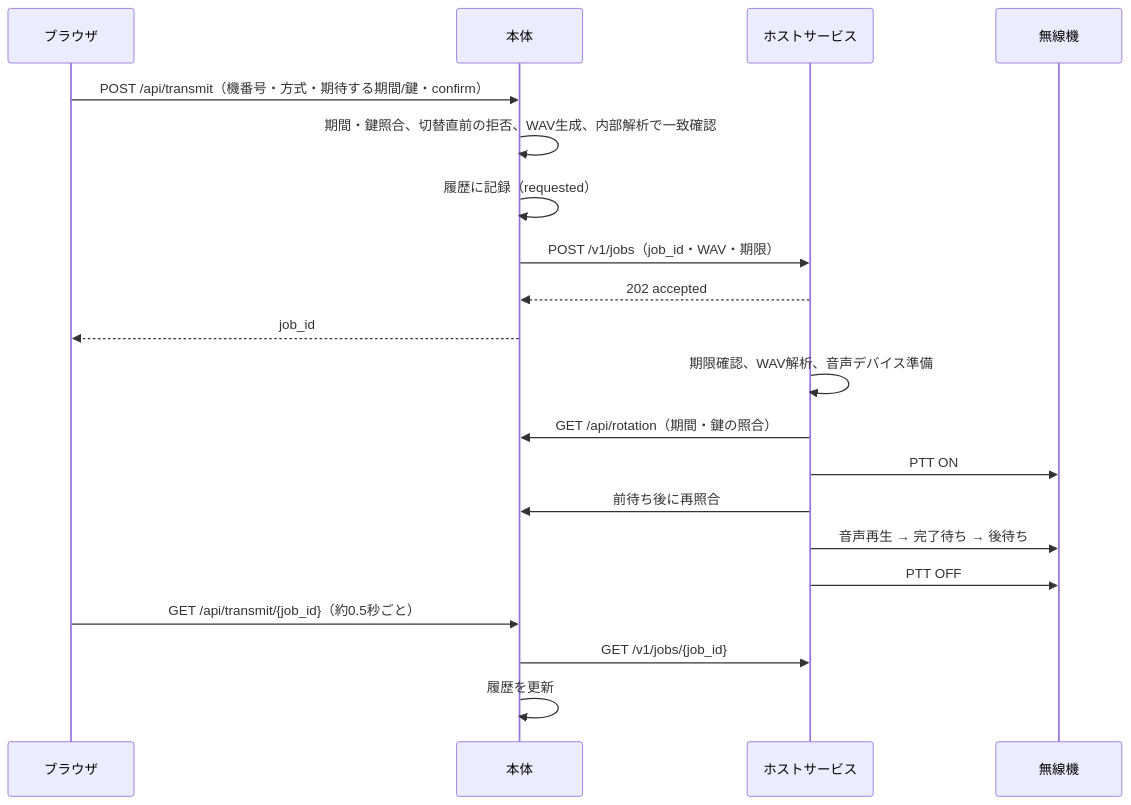
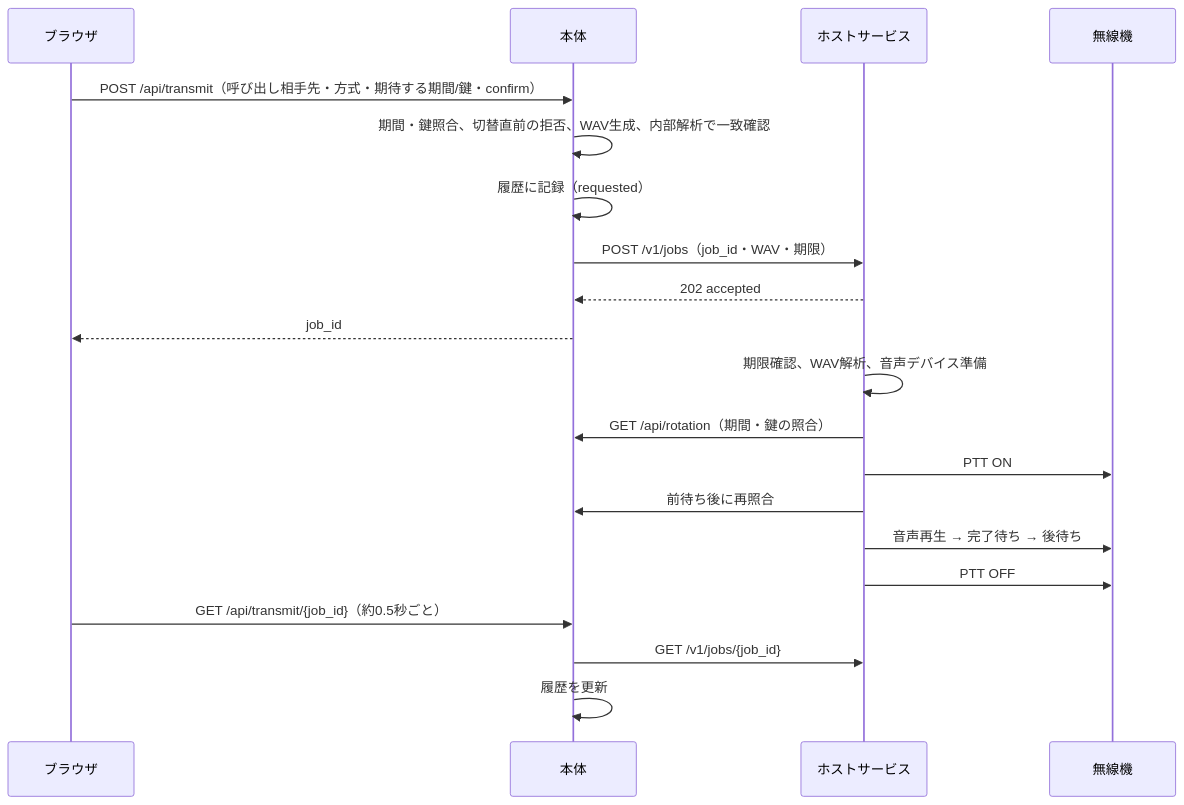
One commit to UeEmon/HACS changed the third of 3 diagrams in docs/web-host-service-design.md. Above: the diagram before and after it, drawn with Mermaid. The commit also changed other lines of this file and 24 other files, not shown here.

First line of the commit message:
Rename 機番号 to 呼び出し相手先 in UI, messages and docs (#1)

````diff
--- a/docs/web-host-service-design.md
+++ b/docs/web-host-service-design.md
@@ -103,22 +103,22 @@
 ```mermaid
 sequenceDiagram
     participant B as ブラウザ
     participant M as 本体
     participant H as ホストサービス
     participant R as 無線機
-    B->>M: POST /api/transmit（機番号・方式・期待する期間/鍵・confirm）
+    B->>M: POST /api/transmit（呼び出し相手先・方式・期待する期間/鍵・confirm）
     M->>M: 期間・鍵照合、切替直前の拒否、WAV生成、内部解析で一致確認
     M->>M: 履歴に記録（requested）
     M->>H: POST /v1/jobs（job_id・WAV・期限）
     H-->>M: 202 accepted
     M-->>B: job_id
     H->>H: 期限確認、WAV解析、音声デバイス準備
     H->>M: GET /api/rotation（期間・鍵の照合）
     H->>R: PTT ON
     H->>M: 前待ち後に再照合
     H->>R: 音声再生 → 完了待ち → 後待ち
     H->>R: PTT OFF
     B->>M: GET /api/transmit/{job_id}（約0.5秒ごと）
     M->>H: GET /v1/jobs/{job_id}
     M->>M: 履歴を更新
 ```
````
